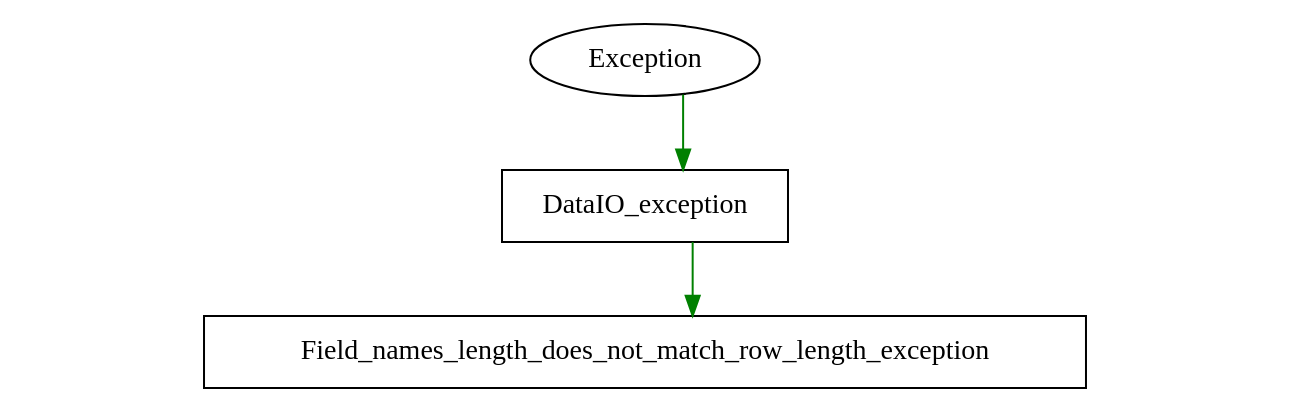
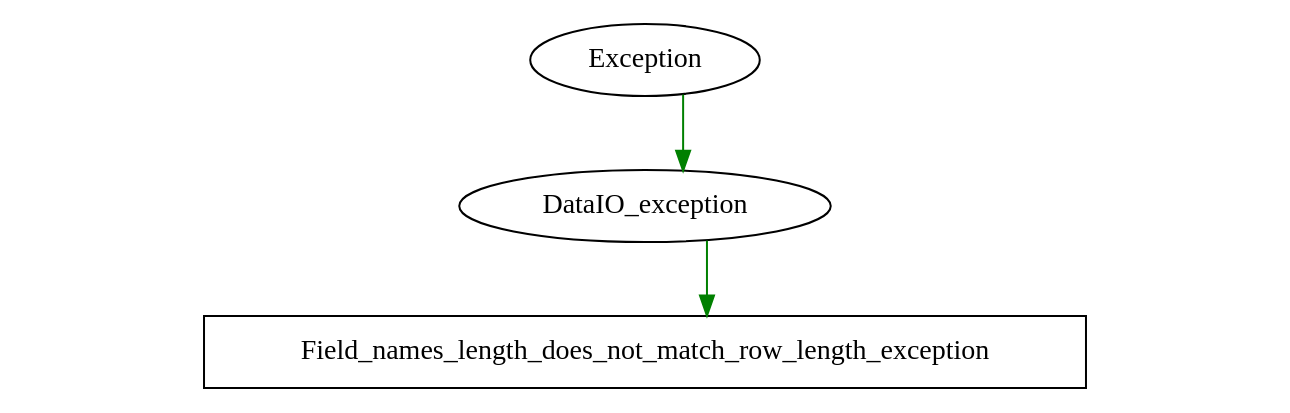
The diagram in docs/Class_Diagram_Tool/names_only_finalDataIO_exceptions.dot (PDXBES/ModelCatalog), drawn with Graphviz before and after one commit. The commit also changed 28 other files, not shown here.

Commit message:
updated diagrams and began work on area class

```diff
--- a/docs/Class_Diagram_Tool/names_only_finalDataIO_exceptions.dot
+++ b/docs/Class_Diagram_Tool/names_only_finalDataIO_exceptions.dot
@@ -1,24 +1,22 @@
 digraph "classes" {
 charset="utf-8"
 nodesep=0.5;
 rankdir="TB";
 edge [ constraint=False ];
 splines="ortho";
-"DataIO_exception"[label= "DataIO_exception" , shape="record"];
-"Field_names_length_does_not_match_row_length_exception"[label= "Field_names_length_does_not_match_row_length_exception" , shape="record"];
 "Field_names_length_does_not_match_row_length_exception"[label= "Field_names_length_does_not_match_row_length_exception" , shape="record"];
 
 "_d0" [label="_d0", shape="record" style=invis];
 "_d2" [label="_d2", shape="record" style=invis];
 "_d4" [label="_d4", shape="record" style=invis];
 "_d1" [label="_d1", shape="record" style=invis];
 "_d3" [label="_d3", shape="record" style=invis];
 "_d5" [label="_d5", shape="record" style=invis];
 
 {rank= tb "_d0"->"_d2"->"_d4" [constraint=true style=invis]};
 {rank= tb "Exception"->"DataIO_exception"->"Field_names_length_does_not_match_row_length_exception" [constraint=true style=invis]};
 {rank= tb "_d1"->"_d3"->"_d5" [constraint=true style=invis]};
 {rank= same _d2->DataIO_exception->_d3 [constraint=True style=invis]};
 "Exception"->"DataIO_exception" [color="green"];
 "DataIO_exception"->"Field_names_length_does_not_match_row_length_exception" [color="green"];
 }
```
